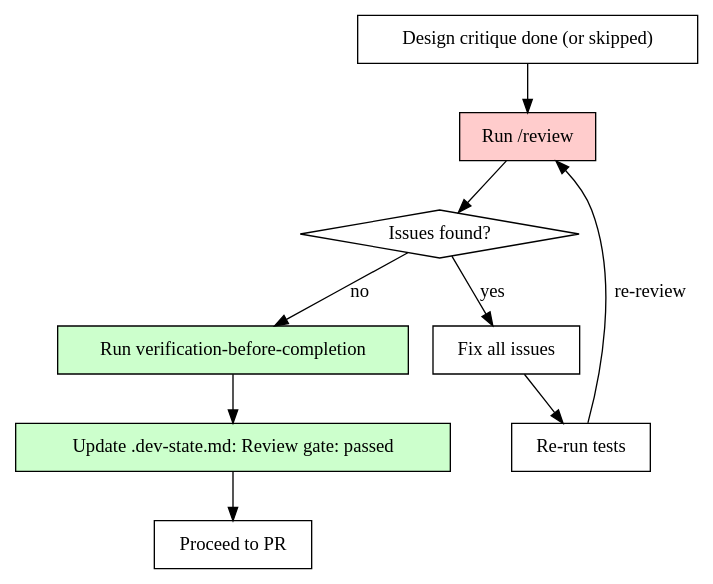
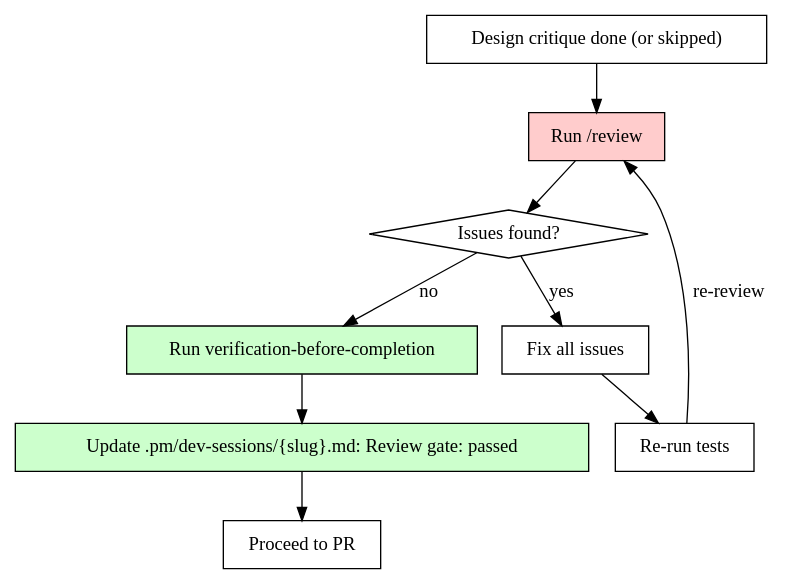
The fifth of 5 diagrams in skills/dev/SKILL.md (soelinmyat/pm), drawn with Graphviz before and after one commit. The commit also changed other lines of this file and 9 other files, not shown here.

First line of the commit message:
feat(PM-049): unify dev state files into .pm/dev-sessions/

````diff
--- a/skills/dev/SKILL.md
+++ b/skills/dev/SKILL.md
@@ -1013,21 +1017,21 @@
 ```dot
 digraph review_gate {
     "Design critique done (or skipped)" [shape=box];
     "Run /review" [shape=box, style=filled, fillcolor="#ffcccc"];
     "Issues found?" [shape=diamond];
     "Fix all issues" [shape=box];
     "Re-run tests" [shape=box];
     "Run verification-before-completion" [shape=box, style=filled, fillcolor="#ccffcc"];
-    "Update .dev-state.md: Review gate: passed" [shape=box, style=filled, fillcolor="#ccffcc"];
+    "Update .pm/dev-sessions/{slug}.md: Review gate: passed" [shape=box, style=filled, fillcolor="#ccffcc"];
     "Proceed to PR" [shape=box];
 
     "Design critique done (or skipped)" -> "Run /review";
     "Run /review" -> "Issues found?";
     "Issues found?" -> "Fix all issues" [label="yes"];
     "Fix all issues" -> "Re-run tests";
     "Re-run tests" -> "Run /review" [label="re-review"];
     "Issues found?" -> "Run verification-before-completion" [label="no"];
-    "Run verification-before-completion" -> "Update .dev-state.md: Review gate: passed";
-    "Update .dev-state.md: Review gate: passed" -> "Proceed to PR";
+    "Run verification-before-completion" -> "Update .pm/dev-sessions/{slug}.md: Review gate: passed";
+    "Update .pm/dev-sessions/{slug}.md: Review gate: passed" -> "Proceed to PR";
 }
 ```
````
